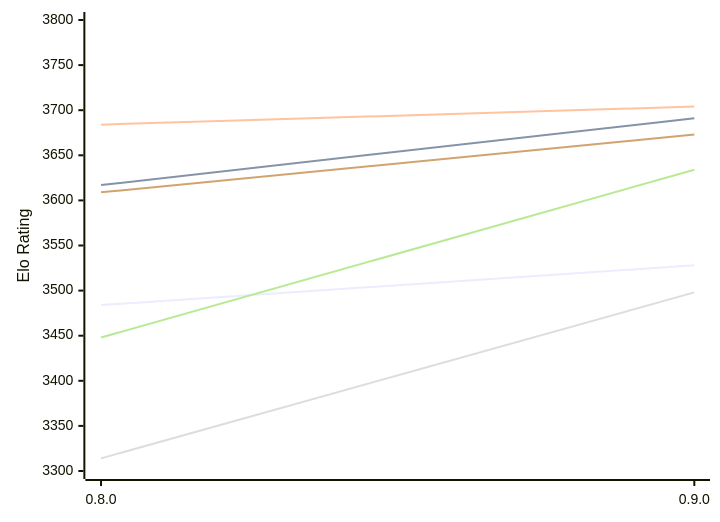
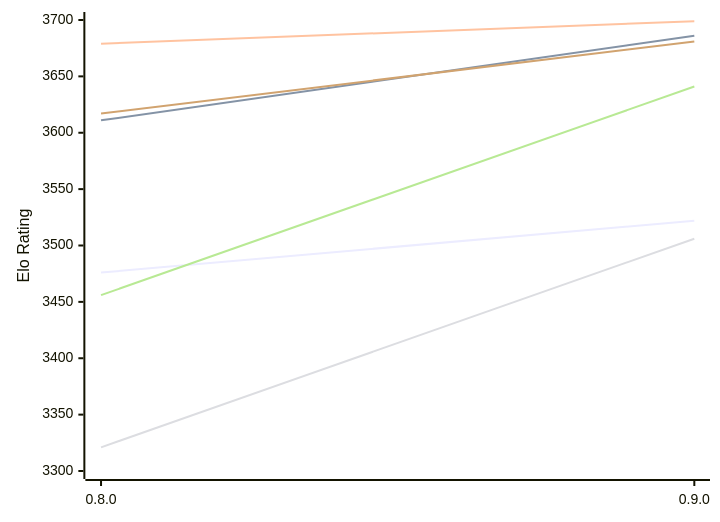
One commit to computer-chess-index/cci changed the first of 2 diagrams in engines/Reckless.md. Above: the diagram before and after it, drawn with Mermaid. The commit also changed other lines of this file, not shown here.

Commit message:
Update CCI Ratings (ELO VLTC) - 2026-11-18

````diff
--- a/engines/Reckless.md
+++ b/engines/Reckless.md
@@ -50,12 +50,12 @@
 ```mermaid
 %%{init: {"theme":"base","themeVariables":{"seriesColors:['#a3a3a3','#222221','#faa371']}}}%%
 xychart-beta
   x-axis ["0.8.0", "0.9.0"]
-  y-axis "Elo Rating" 3300 --> 3800
-  line "E1: STC (8.0+0.08s)" [3484, 3528]
-  line "E1: LTC (60.0+0.60s)" [3617, 3691]
-  line "E1: VLTC (2m24s+1.12s)" [3684, 3704]
-  line "P1: STC (8.0+0.08s)" [3314, 3498]
-  line "P1: LTC (60.0+0.60s)" [3448, 3634]
-  line "P1: VLTC (2m24s+1.12s)" [3609, 3673]
+  y-axis "Elo Rating" 3300 --> 3700
+  line "E1: STC (8.0+0.08s)" [3476, 3522]
+  line "E1: LTC (60.0+0.60s)" [3611, 3686]
+  line "E1: VLTC (2m24s+1.12s)" [3679, 3699]
+  line "P1: STC (8.0+0.08s)" [3321, 3506]
+  line "P1: LTC (60.0+0.60s)" [3456, 3641]
+  line "P1: VLTC (2m24s+1.12s)" [3617, 3681]
 ```
````
